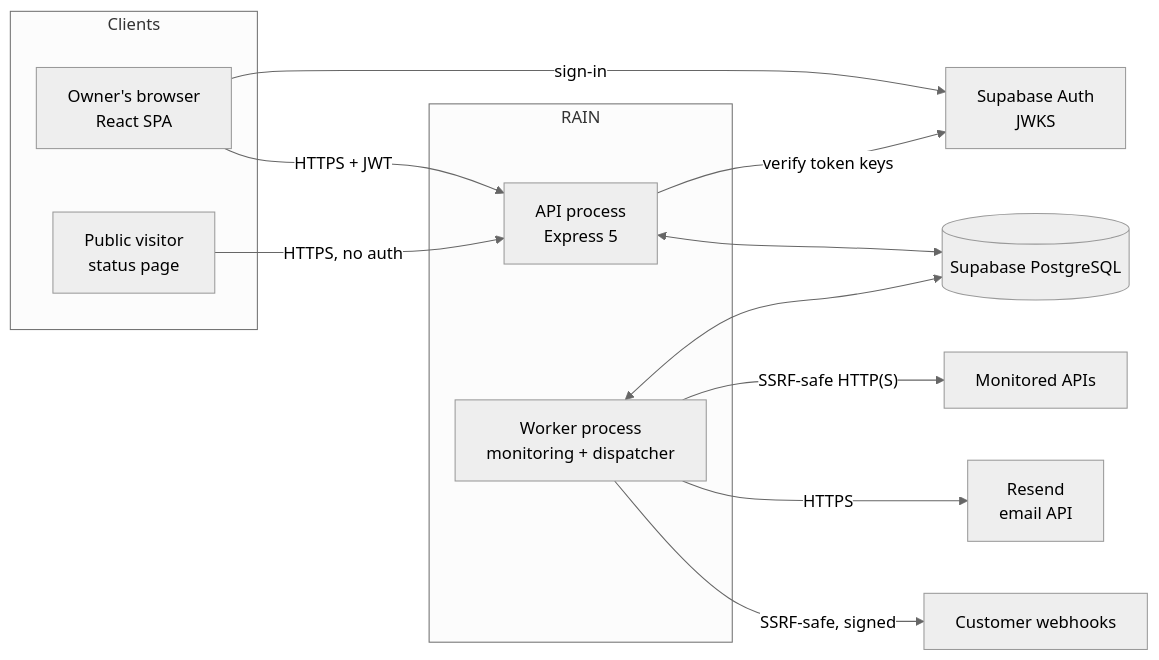
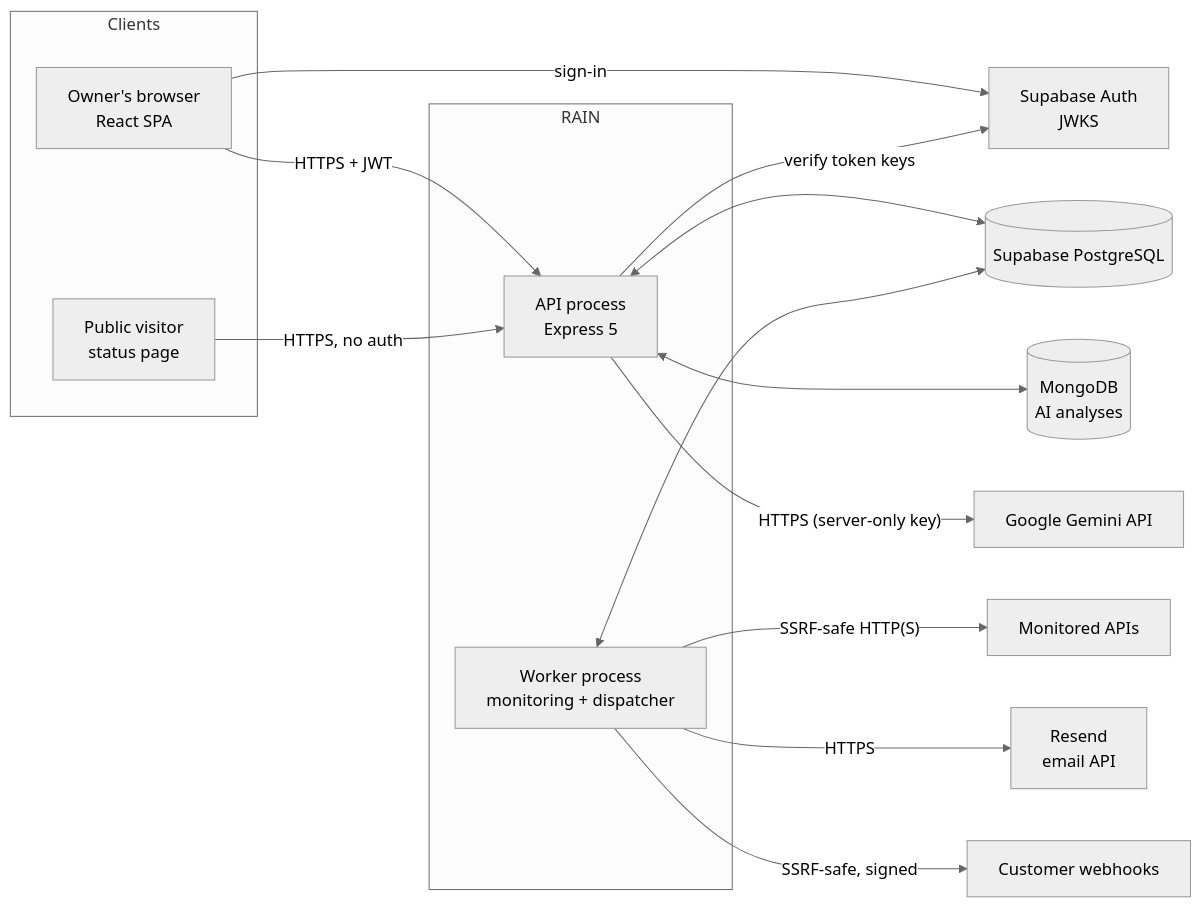
One commit to HarshithaNukala/RAIN-API-Observatory changed the first of 6 diagrams in docs/HLD.md. Above: the diagram before and after it, drawn with Mermaid (neutral theme). The commit also changed other lines of this file and 36 other files, not shown here.

Commit message:
feat(ai): add Gemini AI incident analysis, MongoDB CRUD and Kalvium concept coverage

````diff
--- a/docs/HLD.md
+++ b/docs/HLD.md
@@ -25,26 +25,30 @@
 ```mermaid
 flowchart LR
   subgraph Clients
     U[Owner's browser<br/>React SPA]
     P[Public visitor<br/>status page]
   end
   subgraph RAIN
     API[API process<br/>Express 5]
     W[Worker process<br/>monitoring + dispatcher]
   end
   DB[(Supabase PostgreSQL)]
   AUTH[Supabase Auth<br/>JWKS]
   T[Monitored APIs]
   R[Resend<br/>email API]
   H[Customer webhooks]
 
   U -- sign-in --> AUTH
   U -- HTTPS + JWT --> API
   P -- HTTPS, no auth --> API
   API -- verify token keys --> AUTH
   API <--> DB
   W <--> DB
   W -- SSRF-safe HTTP(S) --> T
   W -- HTTPS --> R
   W -- SSRF-safe, signed --> H
+  MDB[(MongoDB<br/>AI analyses)]
+  GEM[Google Gemini API]
+  API <--> MDB
+  API -- HTTPS (server-only key) --> GEM
 ```
````
